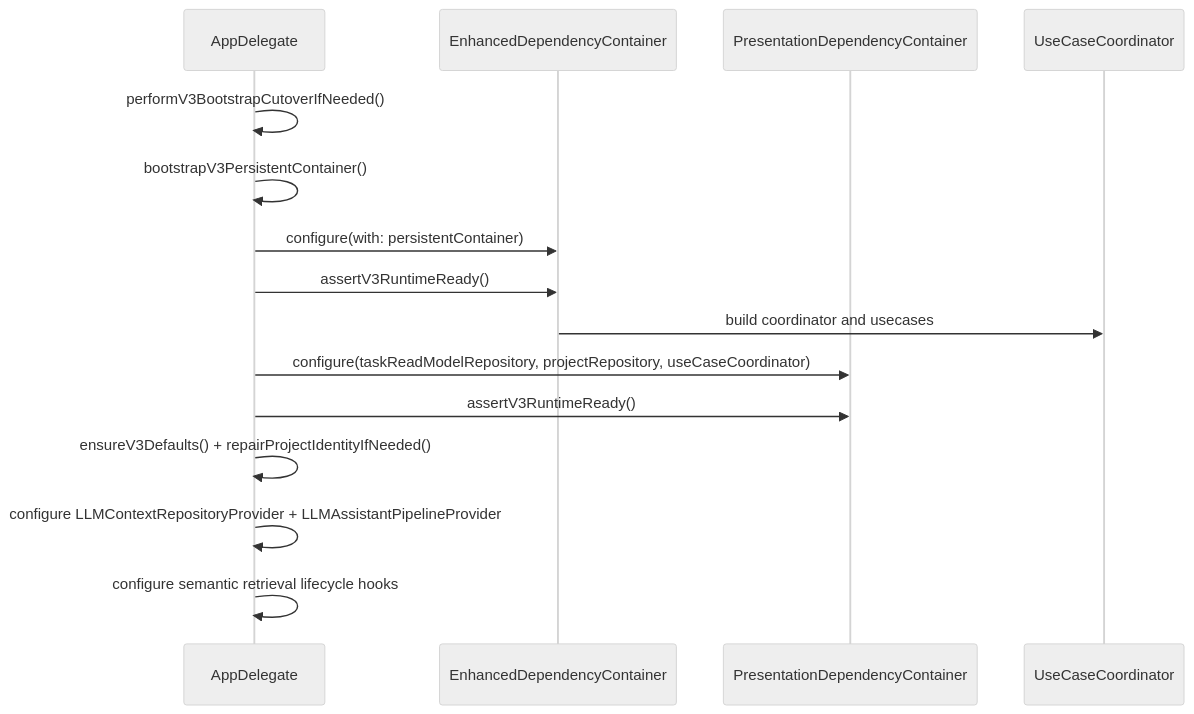
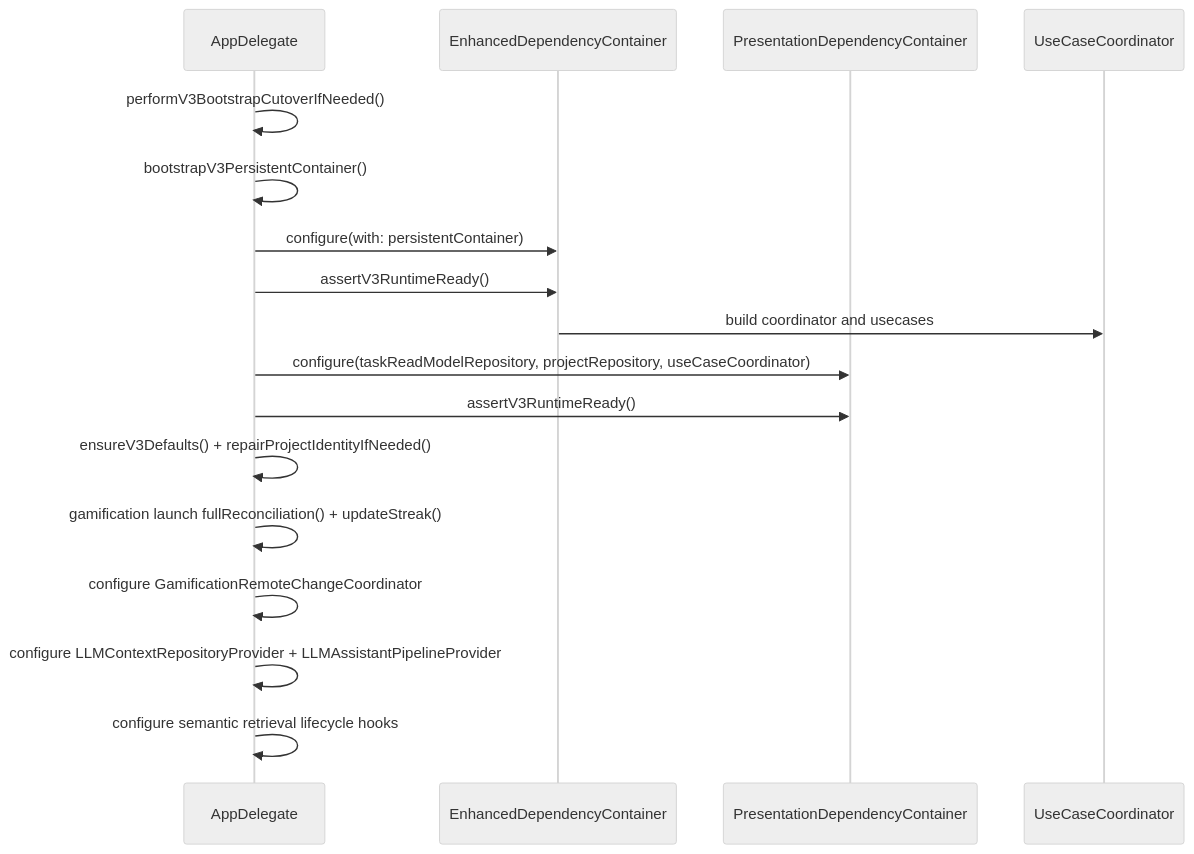
Before and after one commit to Saransh-Sharma/Tasker: the diagram in docs/architecture/clean-architecture-v2.md, drawn with Mermaid (neutral theme). The commit also changed other lines of this file and 9 other files, not shown here.

First line of the commit message:
docs: update architecture documentation for gamification v2

````diff
--- a/docs/architecture/clean-architecture-v2.md
+++ b/docs/architecture/clean-architecture-v2.md
@@ -51,18 +53,20 @@
 ```mermaid
 sequenceDiagram
     participant AD as AppDelegate
     participant EDC as EnhancedDependencyContainer
     participant PDC as PresentationDependencyContainer
     participant UCC as UseCaseCoordinator
 
     AD->>AD: performV3BootstrapCutoverIfNeeded()
     AD->>AD: bootstrapV3PersistentContainer()
     AD->>EDC: configure(with: persistentContainer)
     AD->>EDC: assertV3RuntimeReady()
     EDC->>UCC: build coordinator and usecases
     AD->>PDC: configure(taskReadModelRepository, projectRepository, useCaseCoordinator)
     AD->>PDC: assertV3RuntimeReady()
     AD->>AD: ensureV3Defaults() + repairProjectIdentityIfNeeded()
+    AD->>AD: gamification launch fullReconciliation() + updateStreak()
+    AD->>AD: configure GamificationRemoteChangeCoordinator
     AD->>AD: configure LLMContextRepositoryProvider + LLMAssistantPipelineProvider
     AD->>AD: configure semantic retrieval lifecycle hooks
 ```
````
